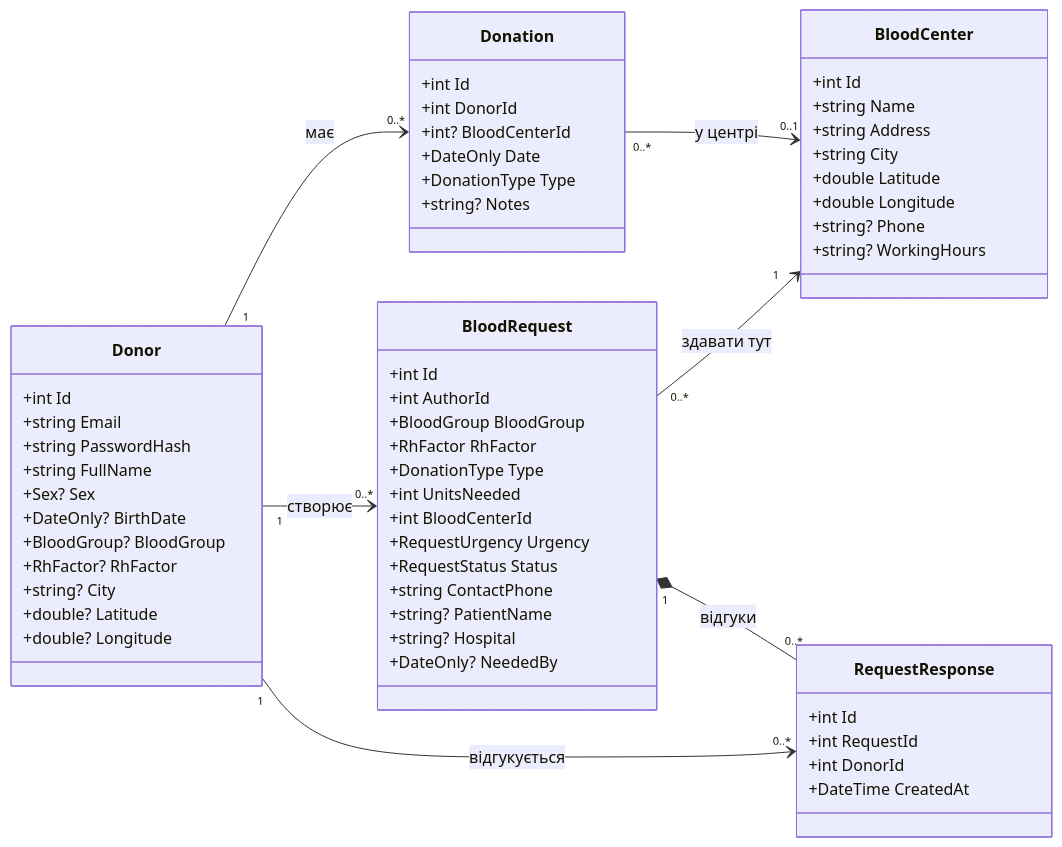
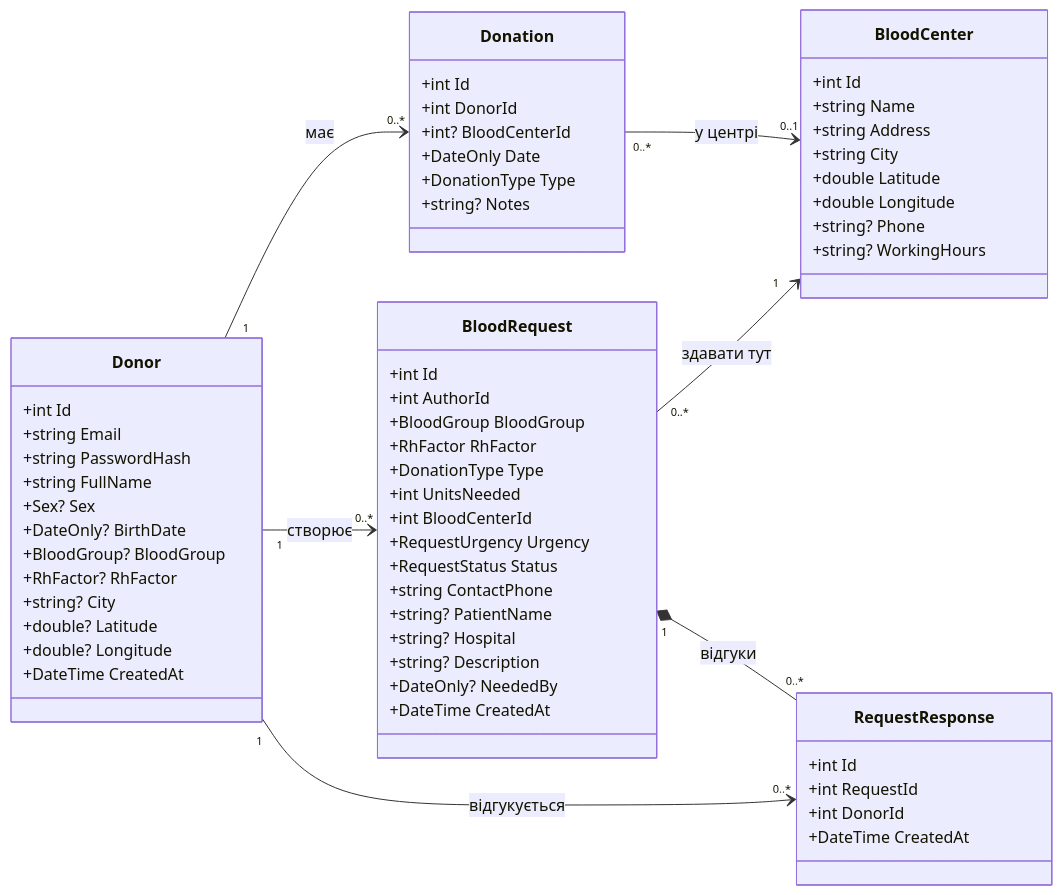
The second of 6 diagrams in docs/uml.md (Chastuhinaa/BloodLink), drawn with Mermaid before and after one commit. The commit also changed other lines of this file, not shown here.

Commit message:
UML: синхронізовано з кодом

````diff
--- a/docs/uml.md
+++ b/docs/uml.md
@@ -56,64 +56,67 @@
 ```mermaid
 classDiagram
     direction LR
 
     class Donor {
         +int Id
         +string Email
         +string PasswordHash
         +string FullName
         +Sex? Sex
         +DateOnly? BirthDate
         +BloodGroup? BloodGroup
         +RhFactor? RhFactor
         +string? City
         +double? Latitude
         +double? Longitude
+        +DateTime CreatedAt
     }
     class Donation {
         +int Id
         +int DonorId
         +int? BloodCenterId
         +DateOnly Date
         +DonationType Type
         +string? Notes
     }
     class BloodCenter {
         +int Id
         +string Name
         +string Address
         +string City
         +double Latitude
         +double Longitude
         +string? Phone
         +string? WorkingHours
     }
     class BloodRequest {
         +int Id
         +int AuthorId
         +BloodGroup BloodGroup
         +RhFactor RhFactor
         +DonationType Type
         +int UnitsNeeded
         +int BloodCenterId
         +RequestUrgency Urgency
         +RequestStatus Status
         +string ContactPhone
         +string? PatientName
         +string? Hospital
+        +string? Description
         +DateOnly? NeededBy
+        +DateTime CreatedAt
     }
     class RequestResponse {
         +int Id
         +int RequestId
         +int DonorId
         +DateTime CreatedAt
     }
 
     Donor "1" --> "0..*" Donation : має
     Donation "0..*" --> "0..1" BloodCenter : у центрі
     Donor "1" --> "0..*" BloodRequest : створює
     BloodRequest "0..*" --> "1" BloodCenter : здавати тут
     BloodRequest "1" *-- "0..*" RequestResponse : відгуки
     Donor "1" --> "0..*" RequestResponse : відгукується
 ```
````
